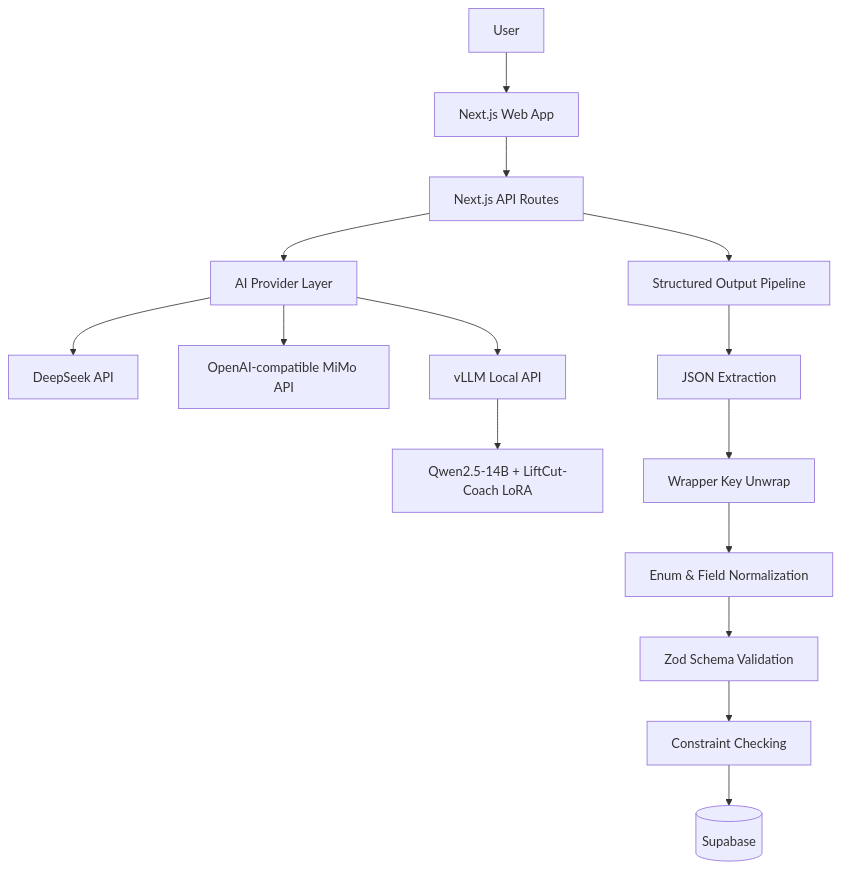
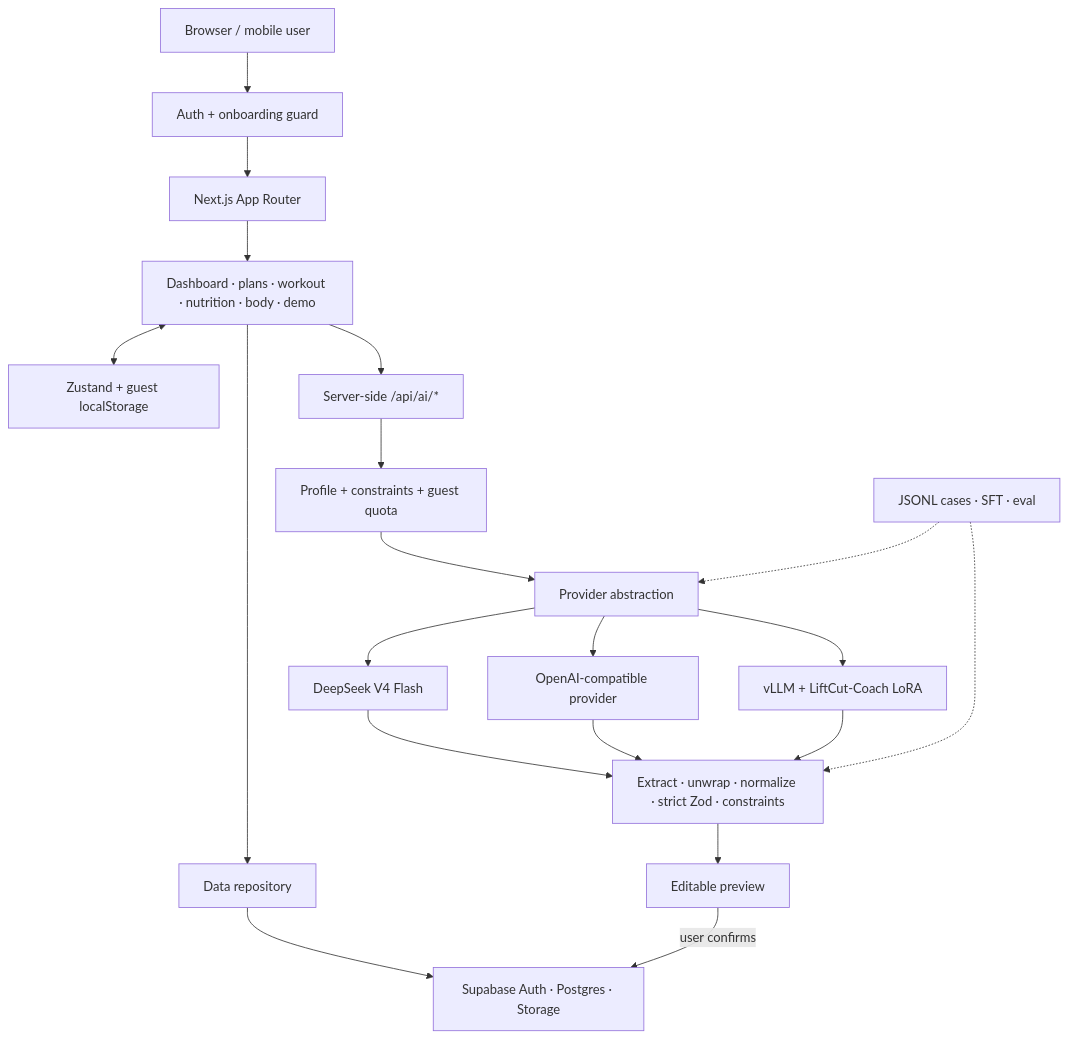
One commit to Townzc/liftcut-tracker changed the diagram in README.md. Above: the diagram before and after it, drawn with Mermaid. The commit also changed other lines of this file and 38 other files, not shown here.

First line of the commit message:
Add beginner demo, DeepSeek hardening, and OSS foundations (#4)

````diff
--- a/README.md
+++ b/README.md
@@ -35,17 +64,24 @@
 ```mermaid
-flowchart TD
-  User[User] --> Web[Next.js Web App]
-  Web --> API[Next.js API Routes]
-  API --> Provider[AI Provider Layer]
-  Provider --> DeepSeek[DeepSeek API]
-  Provider --> MiMo[OpenAI-compatible MiMo API]
-  Provider --> Local[vLLM Local API]
-  Local --> LoRA[Qwen2.5-14B + LiftCut-Coach LoRA]
-  API --> Pipeline[Structured Output Pipeline]
-  Pipeline --> Extract[JSON Extraction]
-  Extract --> Unwrap[Wrapper Key Unwrap]
-  Unwrap --> Normalize[Enum & Field Normalization]
-  Normalize --> Zod[Zod Schema Validation]
-  Zod --> Constraint[Constraint Checking]
-  Constraint --> Supabase[(Supabase)]
+flowchart TB
+  User["Browser / mobile user"] --> Guard["Auth + onboarding guard"]
+  Guard --> App["Next.js App Router"]
+  App --> Features["Dashboard · plans · workout · nutrition · body · demo"]
+  Features <--> Store["Zustand + guest localStorage"]
+  Features --> Repo["Data repository"]
+  Repo --> Supabase["Supabase Auth · Postgres · Storage"]
+
+  Features --> API["Server-side /api/ai/*"]
+  API --> Context["Profile + constraints + guest quota"]
+  Context --> Provider["Provider abstraction"]
+  Provider --> DeepSeek["DeepSeek V4 Flash"]
+  Provider --> Compatible["OpenAI-compatible provider"]
+  Provider --> Local["vLLM + LiftCut-Coach LoRA"]
+  DeepSeek --> Pipeline["Extract · unwrap · normalize · strict Zod · constraints"]
+  Compatible --> Pipeline
+  Local --> Pipeline
+  Pipeline --> Preview["Editable preview"]
+  Preview -->|"user confirms"| Supabase
+
+  Research["JSONL cases · SFT · eval"] -.-> Provider
+  Research -.-> Pipeline
 ```
````
